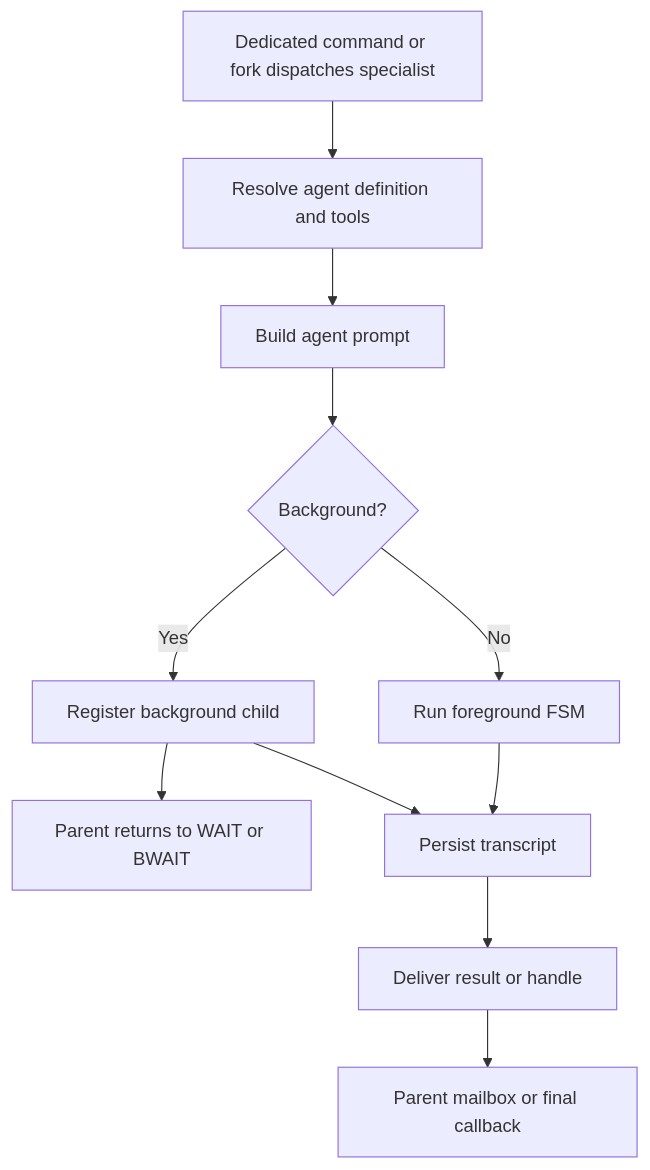
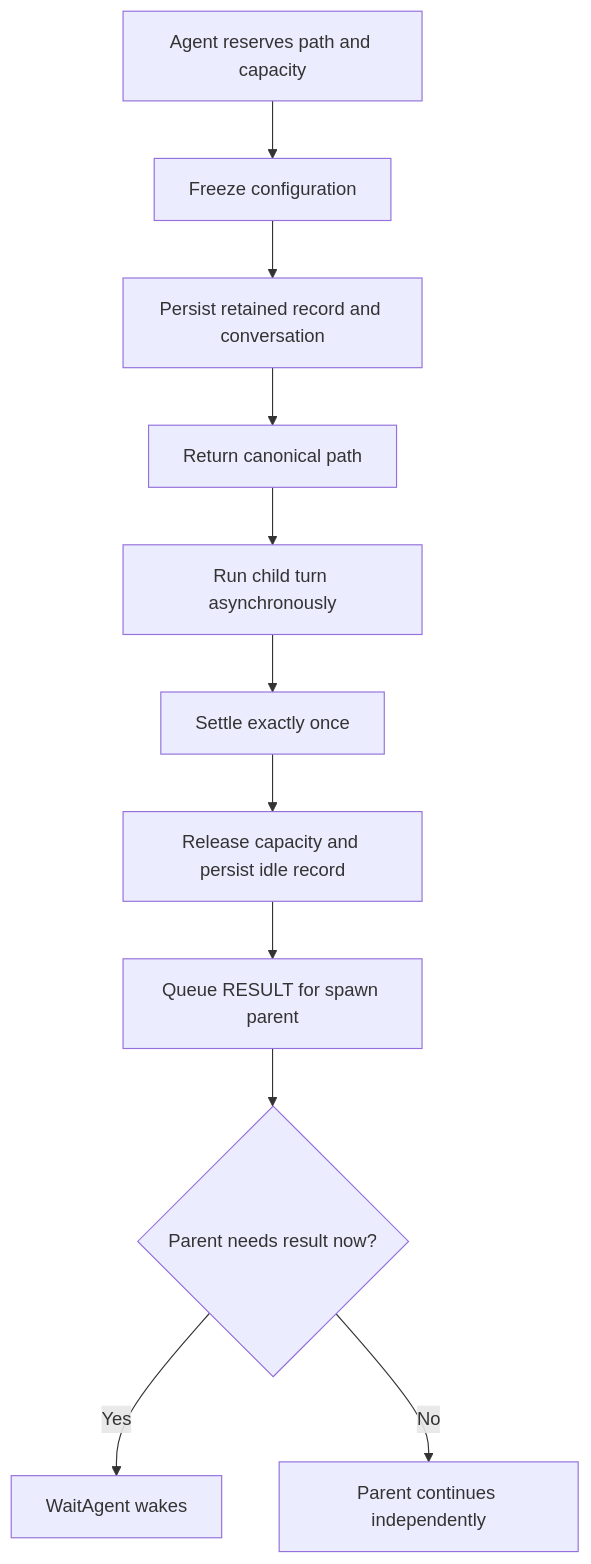
One commit to FrauH0lle/mevedel changed the diagram in docs/agents.md. Above: the diagram before and after it, drawn with Mermaid. The commit also changed other lines of this file and 82 other files, not shown here.

````diff
--- a/docs/agents.md
+++ b/docs/agents.md
@@ -133,13 +132,13 @@
 ```mermaid
 flowchart TD
-    A[Dedicated command or fork dispatches specialist] --> B[Resolve agent definition and tools]
-    B --> C[Build agent prompt]
-    C --> D{Background?}
-    D -- No --> E[Run foreground FSM]
-    D -- Yes --> F[Register background child]
-    F --> G[Parent returns to WAIT or BWAIT]
-    E --> H[Persist transcript]
-    F --> H
-    H --> I[Deliver result or handle]
-    I --> J[Parent mailbox or final callback]
+    A[Agent reserves path and capacity] --> B[Freeze configuration]
+    B --> C[Persist retained record and conversation]
+    C --> D[Return canonical path]
+    D --> E[Run child turn asynchronously]
+    E --> F[Settle exactly once]
+    F --> G[Release capacity and persist idle record]
+    G --> H[Queue RESULT for spawn parent]
+    H --> I{Parent needs result now?}
+    I -- Yes --> J[WaitAgent wakes]
+    I -- No --> K[Parent continues independently]
 ```
````
